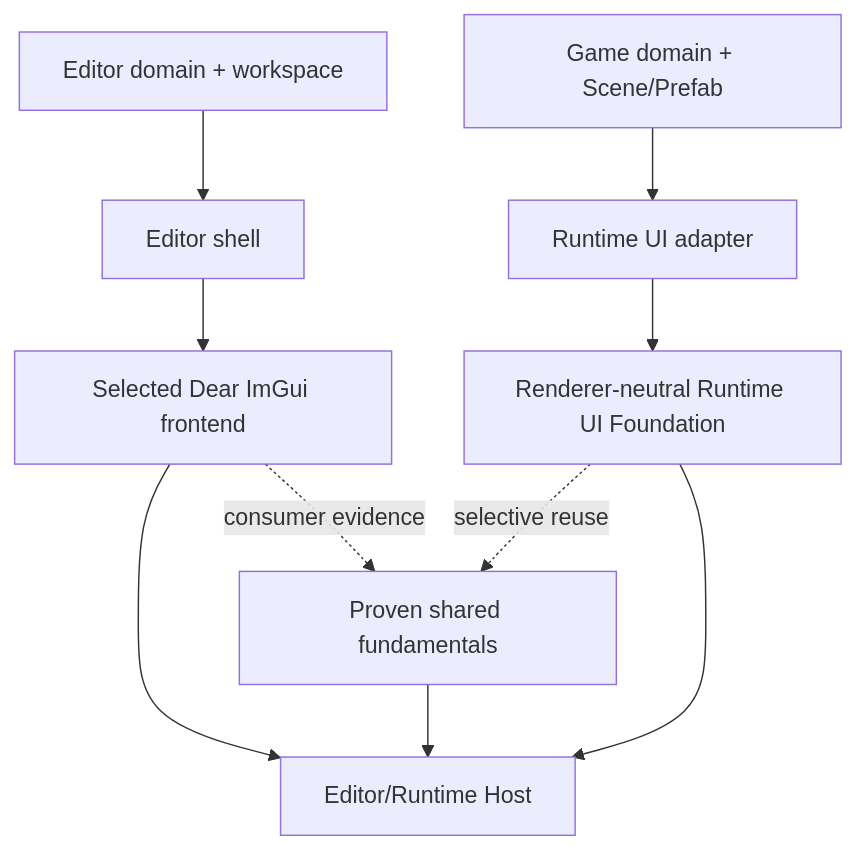
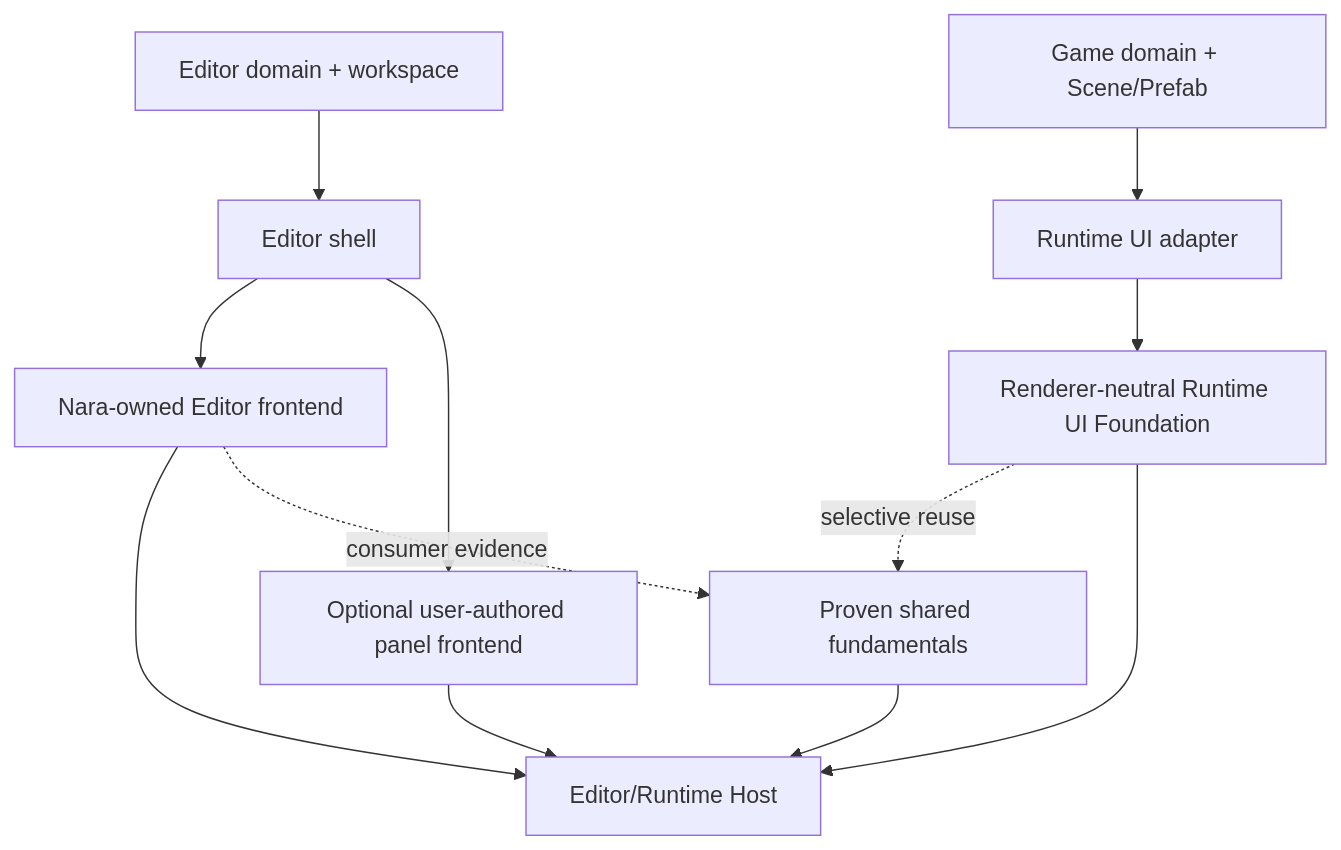
Before and after one commit to Latias94/nara: the diagram in docs/architecture/adr/0107-shared-ui-foundation-and-independent-product-layers.md, drawn with Mermaid. The commit also changed other lines of this file and 10 other files, not shown here.

First line of the commit message:
docs(ui): define extensible editor UI foundation and delivery sequence

````diff
--- a/docs/architecture/adr/0107-shared-ui-foundation-and-independent-product-layers.md
+++ b/docs/architecture/adr/0107-shared-ui-foundation-and-independent-product-layers.md
@@ -36,19 +36,21 @@
 ```mermaid
 flowchart TB
     Game[Game domain + Scene/Prefab]
     Runtime[Runtime UI adapter]
     Foundation[Renderer-neutral Runtime UI Foundation]
     EditorDomain[Editor domain + workspace]
     EditorShell[Editor shell]
-    Frontend[Selected Dear ImGui frontend]
+    Frontend[Nara-owned Editor frontend]
+    Extension[Optional user-authored panel frontend]
     Shared[Proven shared fundamentals]
     Host[Editor/Runtime Host]
 
     Game --> Runtime --> Foundation
     EditorDomain --> EditorShell
     EditorShell --> Frontend --> Host
+    EditorShell --> Extension --> Host
     Foundation -. selective reuse .-> Shared
     Frontend -. consumer evidence .-> Shared
     Shared --> Host
     Foundation --> Host
 ```
````
